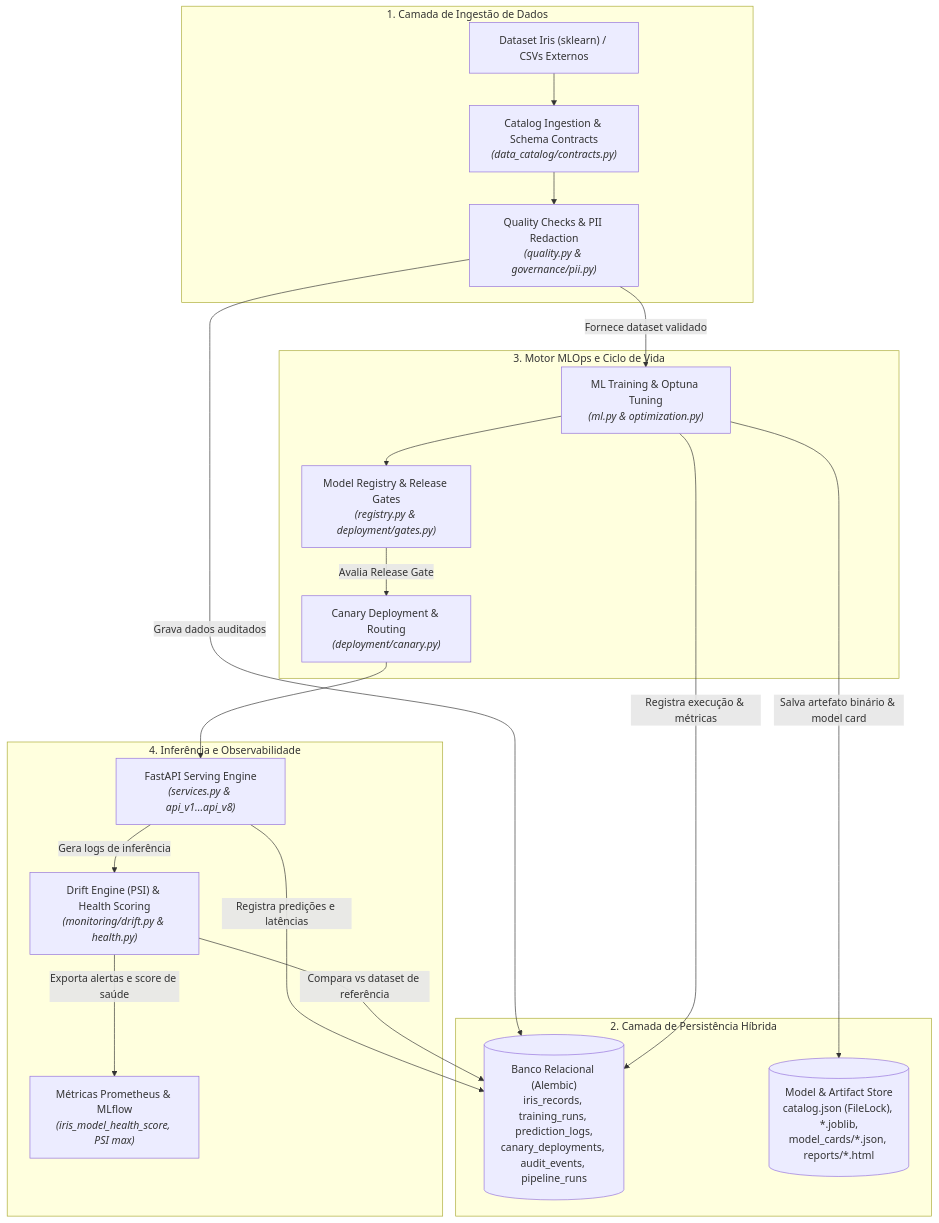
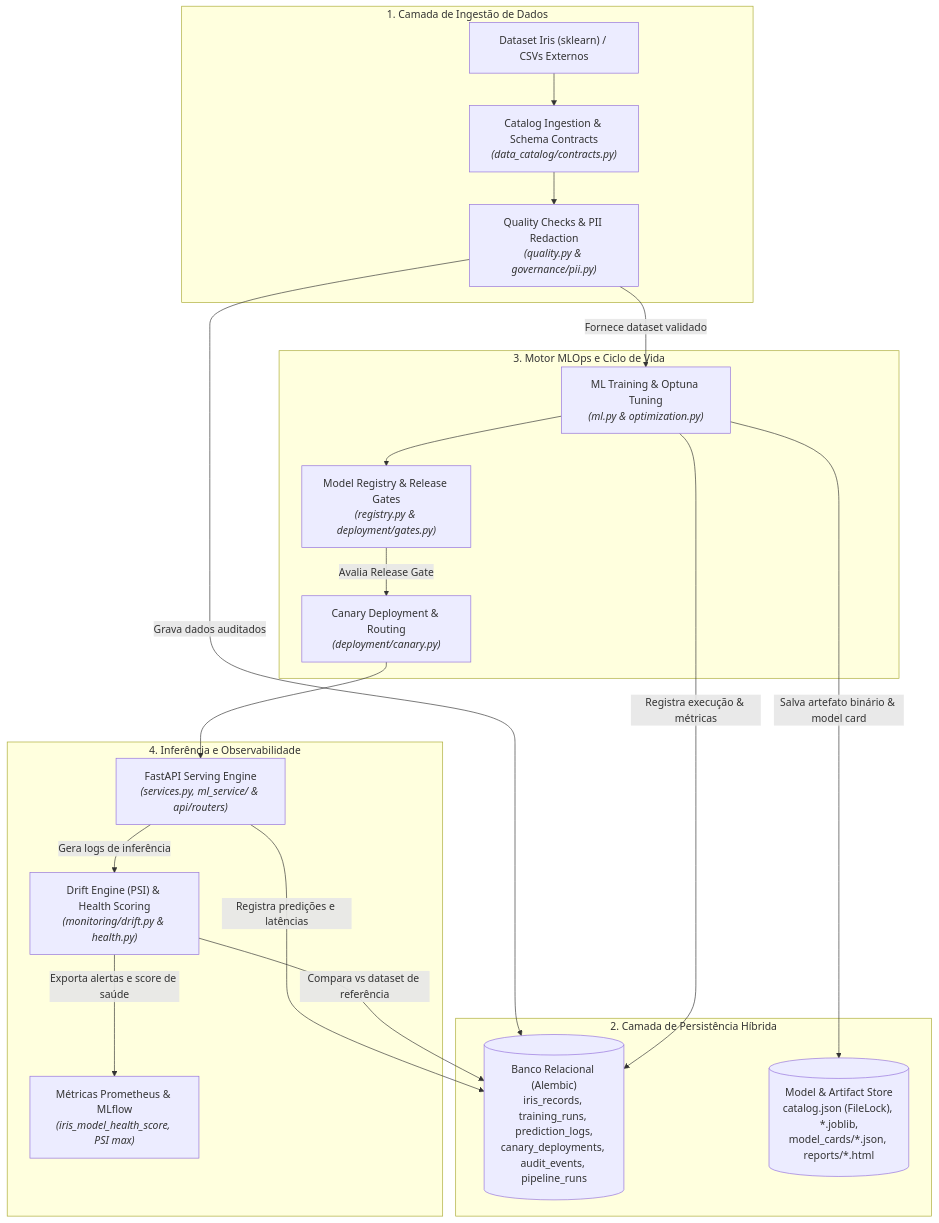
One commit to vinicius790/IA-em-Python changed the first of 13 diagrams in docs/ARCHITECTURE.md. Above: the diagram before and after it, drawn with Mermaid. The commit also changed other lines of this file and 28 other files, not shown here.

````diff
--- a/docs/ARCHITECTURE.md
+++ b/docs/ARCHITECTURE.md
@@ -13,42 +13,42 @@
 ```mermaid
 flowchart TD
     subgraph DataIngestion["1. Camada de Ingestão de Dados"]
         RawData["Dataset Iris (sklearn) / CSVs Externos"]
         CatalogIngest["Catalog Ingestion & Schema Contracts<br/><i>(data_catalog/contracts.py)</i>"]
         QualityGate["Quality Checks & PII Redaction<br/><i>(quality.py & governance/pii.py)</i>"]
     end
 
     subgraph StorageLayer["2. Camada de Persistência Híbrida"]
         RelationalDb[("Banco Relacional (Alembic)<br/>iris_records, training_runs, prediction_logs,<br/>canary_deployments, audit_events, pipeline_runs")]
         ArtifactStore[("Model & Artifact Store<br/>catalog.json (FileLock), *.joblib,<br/>model_cards/*.json, reports/*.html")]
     end
 
     subgraph MLOpsCore["3. Motor MLOps e Ciclo de Vida"]
         TrainingEngine["ML Training & Optuna Tuning<br/><i>(ml.py & optimization.py)</i>"]
         RegistryManager["Model Registry & Release Gates<br/><i>(registry.py & deployment/gates.py)</i>"]
         CanaryRouter["Canary Deployment & Routing<br/><i>(deployment/canary.py)</i>"]
     end
 
     subgraph ServingObservability["4. Inferência e Observabilidade"]
-        InferenceAPI["FastAPI Serving Engine<br/><i>(services.py & api_v1...api_v8)</i>"]
+        InferenceAPI["FastAPI Serving Engine<br/><i>(services.py, ml_service/ & api/routers)</i>"]
         DriftMonitor["Drift Engine (PSI) & Health Scoring<br/><i>(monitoring/drift.py & health.py)</i>"]
         MetricsPrometheus["Métricas Prometheus & MLflow<br/><i>(iris_model_health_score, PSI max)</i>"]
     end
 
     RawData --> CatalogIngest
     CatalogIngest --> QualityGate
     QualityGate -->|"Grava dados auditados"| RelationalDb
     QualityGate -->|"Fornece dataset validado"| TrainingEngine
     
     TrainingEngine -->|"Registra execução & métricas"| RelationalDb
     TrainingEngine -->|"Salva artefato binário & model card"| ArtifactStore
     TrainingEngine --> RegistryManager
     
     RegistryManager -->|"Avalia Release Gate"| CanaryRouter
     CanaryRouter --> InferenceAPI
     InferenceAPI -->|"Registra predições e latências"| RelationalDb
     InferenceAPI -->|"Gera logs de inferência"| DriftMonitor
     
     DriftMonitor -->|"Compara vs dataset de referência"| RelationalDb
     DriftMonitor -->|"Exporta alertas e score de saúde"| MetricsPrometheus
 ```
````
